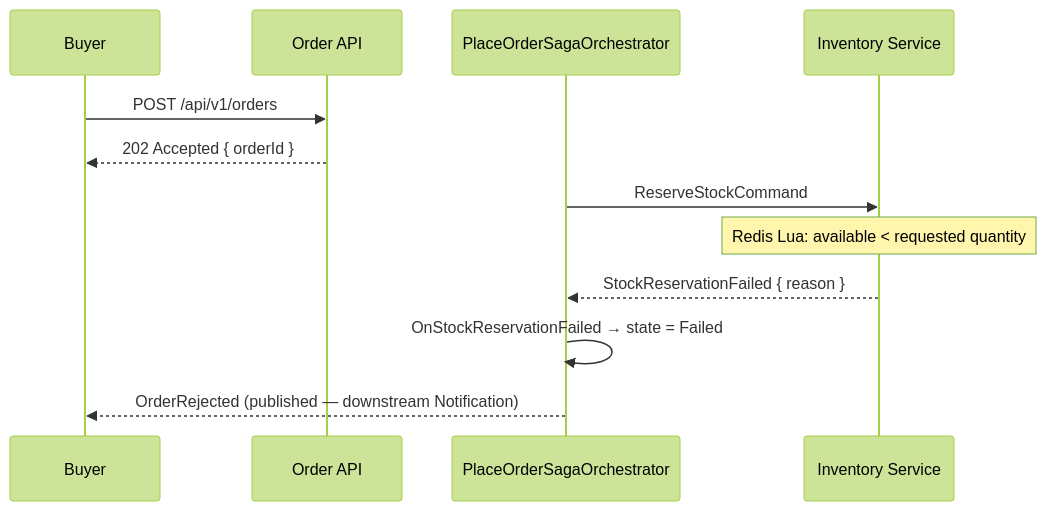
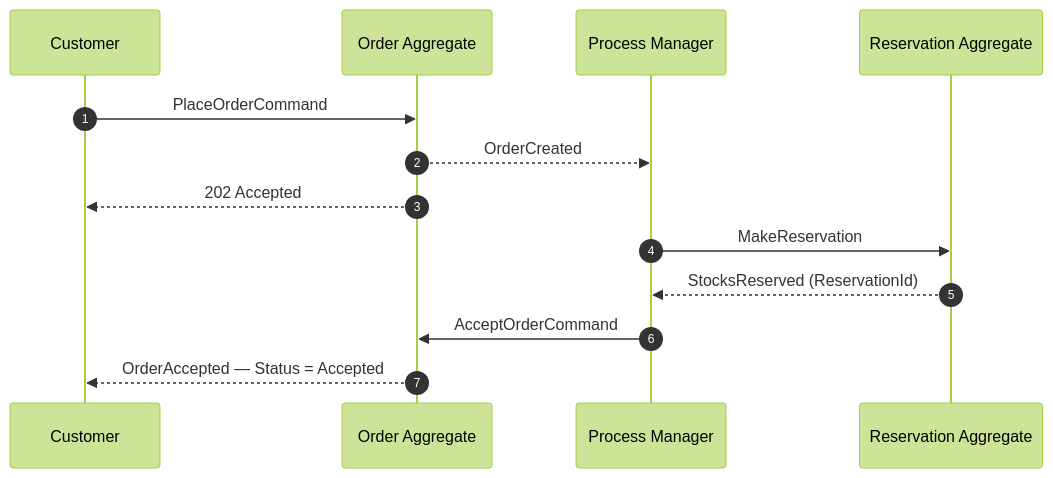
One commit to mnnam1302/EShop changed the seventh of 8 diagrams in Order/src/EShop.Order.API/README.md. Above: the diagram before and after it, drawn with Mermaid (forest theme). The commit also changed other lines of this file and 3 other files, not shown here.

Commit message:
docs(order): update document for Order service

````diff
--- a/Order/src/EShop.Order.API/README.md
+++ b/Order/src/EShop.Order.API/README.md
@@ -313,18 +191,18 @@
 ```mermaid
 sequenceDiagram
-    participant Buyer
-    participant OrderAPI as Order API
-    participant PM as PlaceOrderSagaOrchestrator
-    participant InvSvc as Inventory Service
+    autonumber
+    participant C  as Customer
+    participant OA as Order Aggregate
+    participant PM as Process Manager
+    participant RA as Reservation Aggregate
 
-    Buyer->>OrderAPI: POST /api/v1/orders
-    OrderAPI-->>Buyer: 202 Accepted { orderId }
+    C->>OA: PlaceOrderCommand
+    OA-->>PM: OrderCreated
+    OA-->>C: 202 Accepted
 
-    PM->>InvSvc: ReserveStockCommand
+    PM->>RA: MakeReservation
+    RA-->>PM: StocksReserved (ReservationId)
 
-    Note over InvSvc: Redis Lua: available < requested quantity
-    InvSvc-->>PM: StockReservationFailed { reason }
-
-    PM->>PM: OnStockReservationFailed → state = Failed
-    PM-->>Buyer: OrderRejected (published — downstream Notification)
+    PM->>OA: AcceptOrderCommand
+    OA-->>C: OrderAccepted — Status = Accepted
 ```
````
